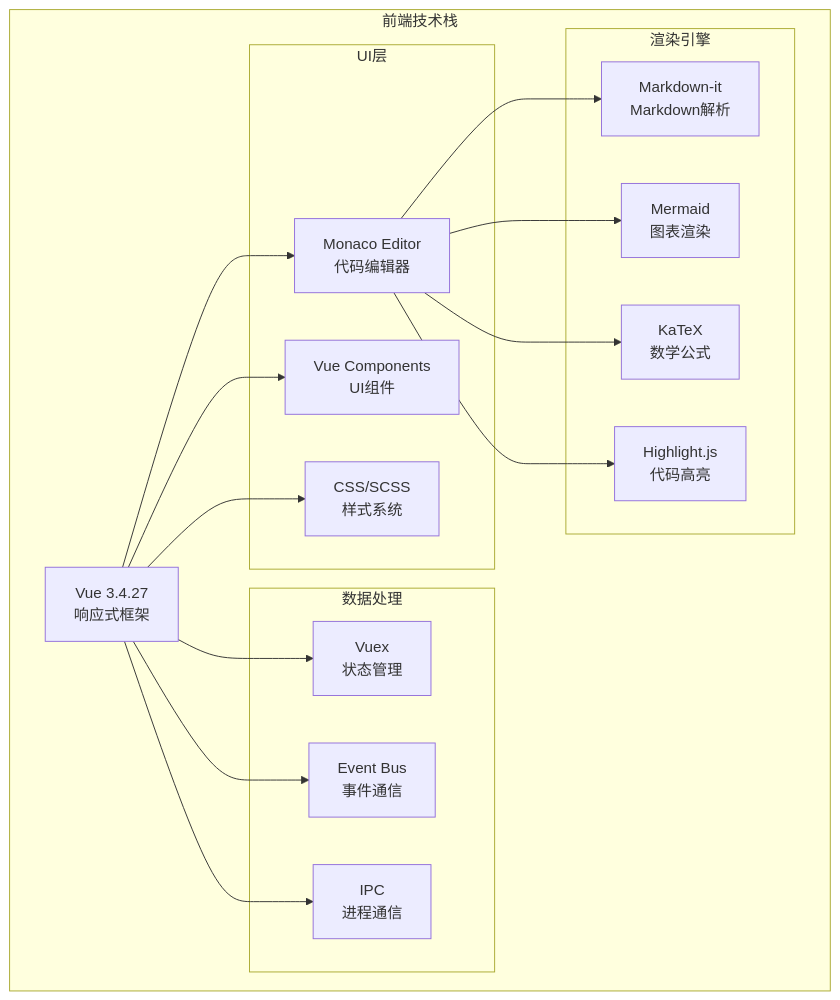
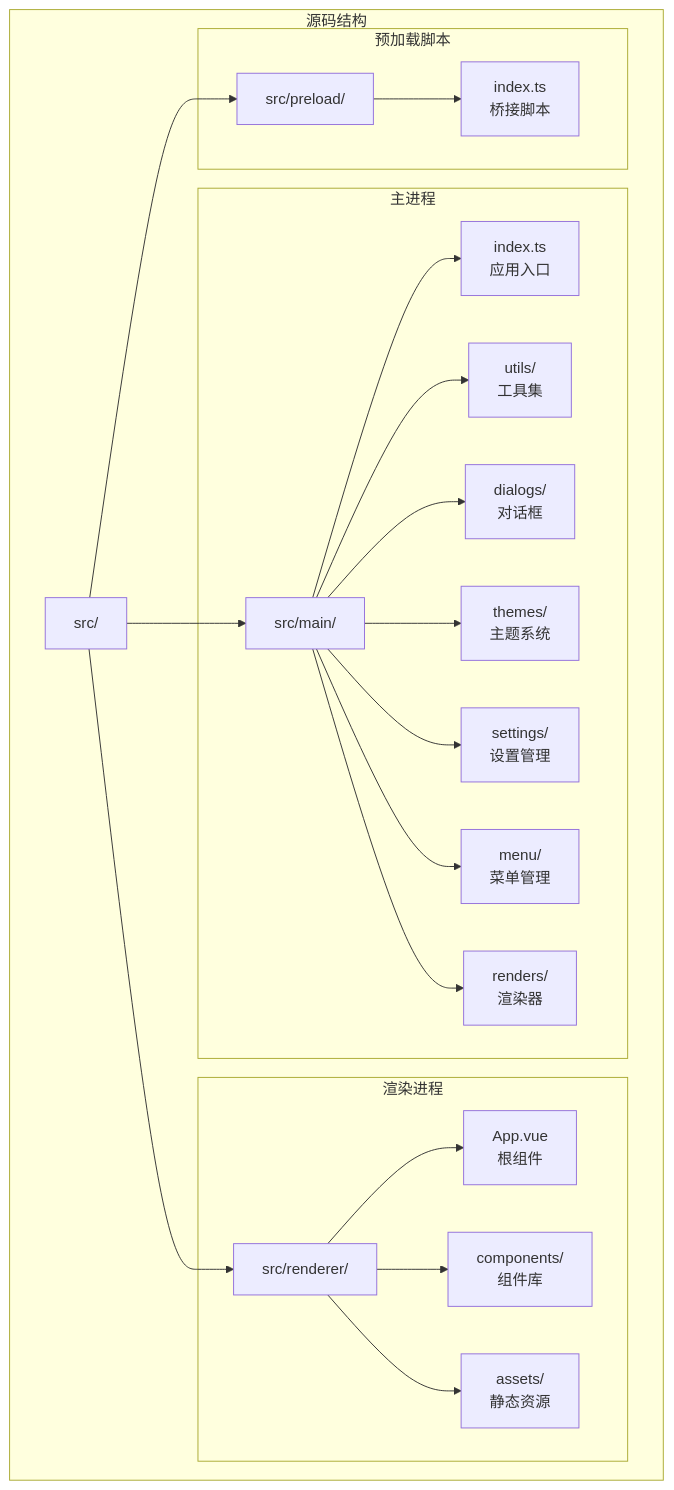
One commit to hemy08/BaiZeNotesByVue changed the fourth of 34 diagrams in doc/架构文档.md. Above: the diagram before and after it, drawn with Mermaid. The commit also changed other lines of this file and 41 other files, not shown here.

````diff
--- a/doc/架构文档.md
+++ b/doc/架构文档.md
@@ -513,37 +186,33 @@
 ```mermaid
 graph TB
-    subgraph "前端技术栈"
-        A[Vue 3.4.27<br/>响应式框架]
-
-        subgraph "UI层"
-            B1[Monaco Editor<br/>代码编辑器]
-            B2[Vue Components<br/>UI组件]
-            B3[CSS/SCSS<br/>样式系统]
+    subgraph 源码结构
+        SRC[src/]
+        
+        subgraph 主进程
+            MAIN[src/main/]
+            MAIN --> MAIN_INDEX[index.ts<br/>应用入口]
+            MAIN --> MAIN_UTILS[utils/<br/>工具集]
+            MAIN --> MAIN_DIALOGS[dialogs/<br/>对话框]
+            MAIN --> MAIN_THEMES[themes/<br/>主题系统]
+            MAIN --> MAIN_SETTINGS[settings/<br/>设置管理]
+            MAIN --> MAIN_MENU[menu/<br/>菜单管理]
+            MAIN --> MAIN_RENDERS[renders/<br/>渲染器]
         end
-
-        subgraph "数据处理"
-            C1[Vuex<br/>状态管理]
-            C2[Event Bus<br/>事件通信]
-            C3[IPC<br/>进程通信]
+        
+        subgraph 渲染进程
+            RENDERER[src/renderer/]
+            RENDERER --> RENDERER_APP[App.vue<br/>根组件]
+            RENDERER --> RENDERER_COMP[components/<br/>组件库]
+            RENDERER --> RENDERER_ASSETS[assets/<br/>静态资源]
         end
-
-        subgraph "渲染引擎"
-            D1[Markdown-it<br/>Markdown解析]
-            D2[Mermaid<br/>图表渲染]
-            D3[KaTeX<br/>数学公式]
-            D4[Highlight.js<br/>代码高亮]
+        
+        subgraph 预加载脚本
+            PRELOAD[src/preload/]
+            PRELOAD --> PRELOAD_INDEX[index.ts<br/>桥接脚本]
         end
+        
+        SRC --> MAIN
+        SRC --> RENDERER
+        SRC --> PRELOAD
     end
-
-    A --> B1
-    A --> B2
-    A --> B3
-    A --> C1
-    A --> C2
-    A --> C3
-
-    B1 --> D1
-    B1 --> D2
-    B1 --> D3
-    B1 --> D4
 ```
````
